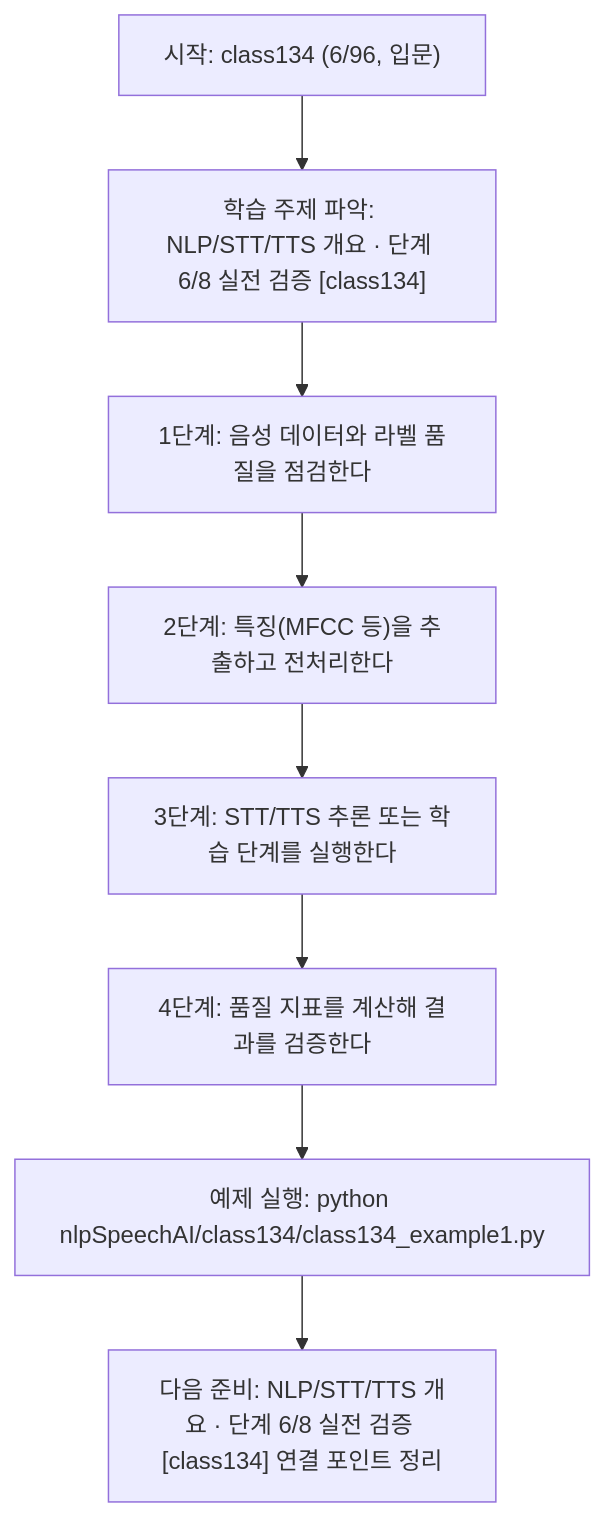
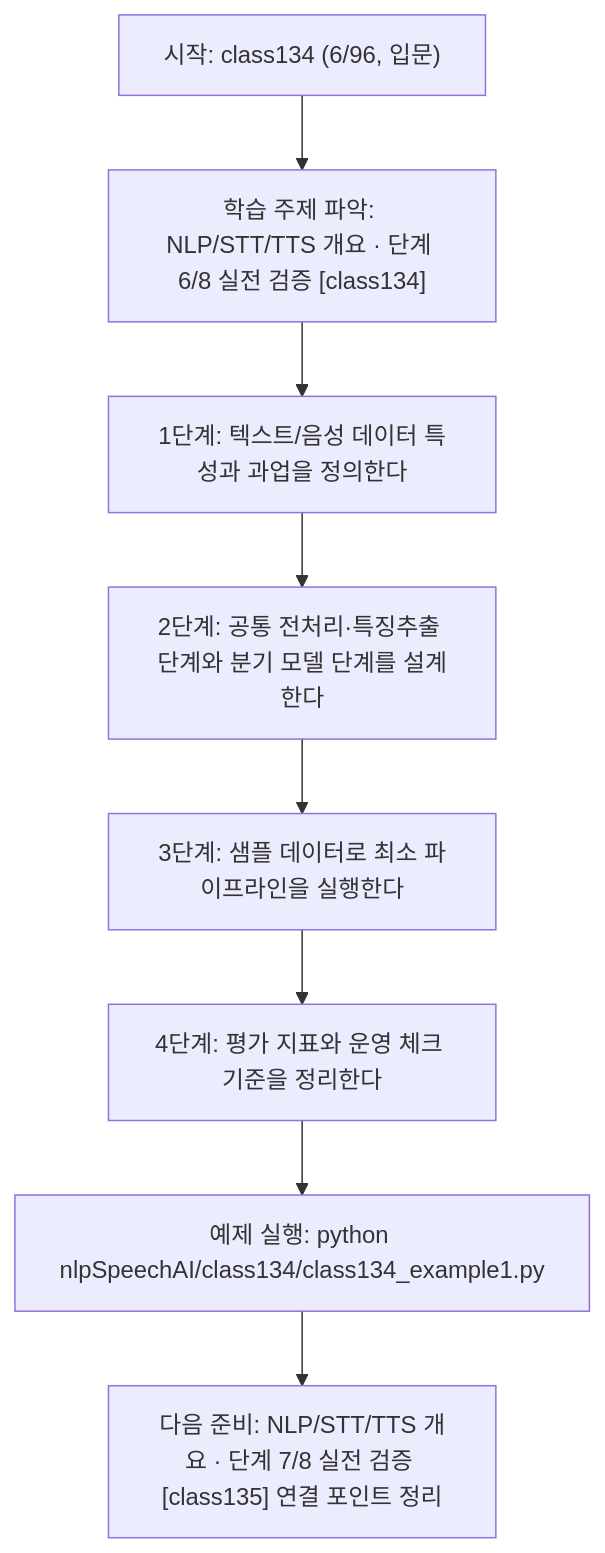
Before and after one commit to edumgt/Python-AI_Agent-Class: the diagram in nlpSpeechAI/class134/class134.md, drawn with Mermaid. The commit also changed other lines of this file and 1122 other files, not shown here.

````diff
--- a/nlpSpeechAI/class134/class134.md
+++ b/nlpSpeechAI/class134/class134.md
@@ -115,18 +95,18 @@
 ```mermaid
 flowchart TD
 N1["시작: class134 (6/96, 입문)"]
 N2["학습 주제 파악: NLP/STT/TTS 개요 · 단계 6/8 실전 검증 [class134]"]
-N3["1단계: 음성 데이터와 라벨 품질을 점검한다"]
-N4["2단계: 특징(MFCC 등)을 추출하고 전처리한다"]
-N5["3단계: STT/TTS 추론 또는 학습 단계를 실행한다"]
-N6["4단계: 품질 지표를 계산해 결과를 검증한다"]
+N3["1단계: 텍스트/음성 데이터 특성과 과업을 정의한다"]
+N4["2단계: 공통 전처리·특징추출 단계와 분기 모델 단계를 설계한다"]
+N5["3단계: 샘플 데이터로 최소 파이프라인을 실행한다"]
+N6["4단계: 평가 지표와 운영 체크 기준을 정리한다"]
 N7["예제 실행: python nlpSpeechAI/class134/class134_example1.py"]
-N8["다음 준비: NLP/STT/TTS 개요 · 단계 6/8 실전 검증 [class134] 연결 포인트 정리"]
+N8["다음 준비: NLP/STT/TTS 개요 · 단계 7/8 실전 검증 [class135] 연결 포인트 정리"]
 N1 --> N2
 N2 --> N3
 N3 --> N4
 N4 --> N5
 N5 --> N6
 N6 --> N7
 N7 --> N8
 ```
````
